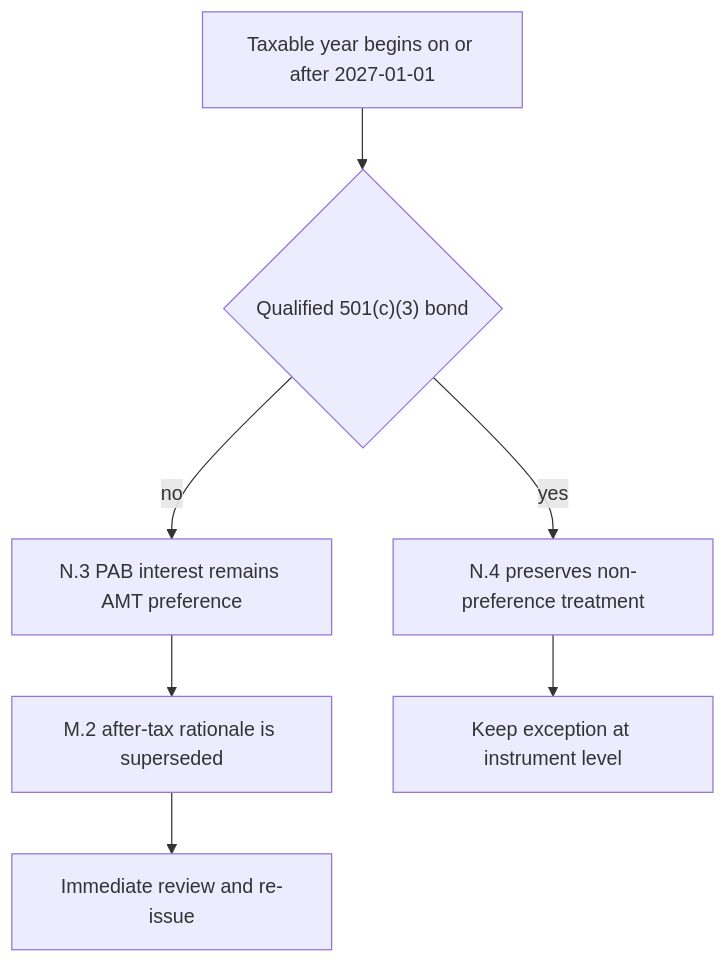
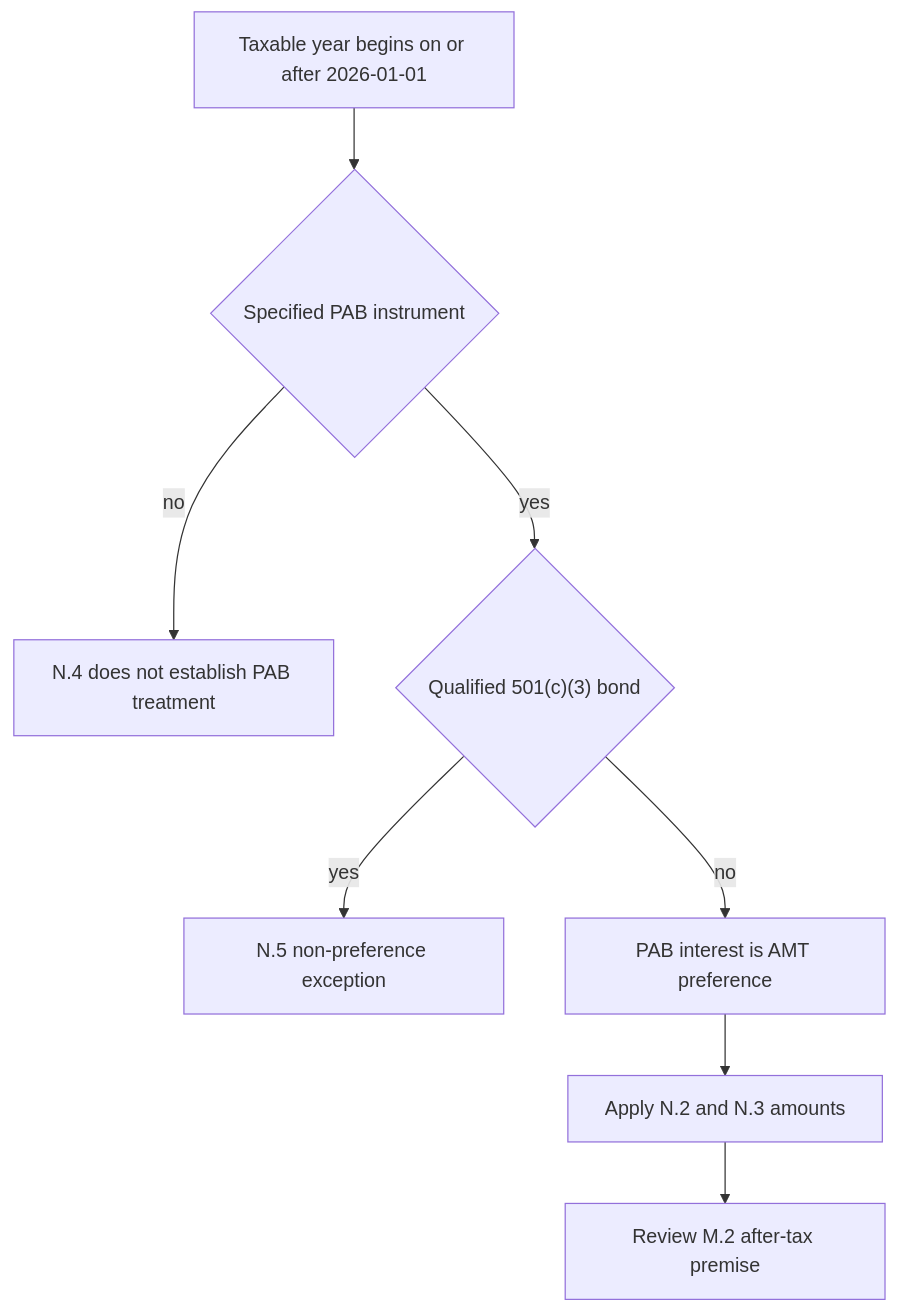
Before and after one commit to xuro-langchain/wealth-research-corpus: the diagram in openwiki/research/fixed-income/municipal-credit.md, drawn with Mermaid. The commit also changed other lines of this file and 43 other files, not shown here.

````diff
--- a/openwiki/research/fixed-income/municipal-credit.md
+++ b/openwiki/research/fixed-income/municipal-credit.md
@@ -37,9 +41,10 @@
 ```mermaid
 flowchart TD
-    TaxYear["Taxable year begins on or after 2027-01-01"] --> Bond{"Qualified 501(c)(3) bond"}
-    Bond -->|"yes"| Preserve["N.4 preserves non-preference treatment"]
-    Bond -->|"no"| Preference["N.3 PAB interest remains AMT preference"]
-    Preference --> Rationale["M.2 after-tax rationale is superseded"]
-    Rationale --> Review["Immediate review and re-issue"]
-    Preserve --> Scope["Keep exception at instrument level"]
+    TaxYear["Taxable year begins on or after 2026-01-01"] --> Bond{"Specified PAB instrument"}
+    Bond -->|"no"| Outside["N.4 does not establish PAB treatment"]
+    Bond -->|"yes"| Qualified{"Qualified 501(c)(3) bond"}
+    Qualified -->|"yes"| Exception["N.5 non-preference exception"]
+    Qualified -->|"no"| Preference["PAB interest is AMT preference"]
+    Preference --> Threshold["Apply N.2 and N.3 amounts"]
+    Threshold --> Review["Review M.2 after-tax premise"]
 ```
````
